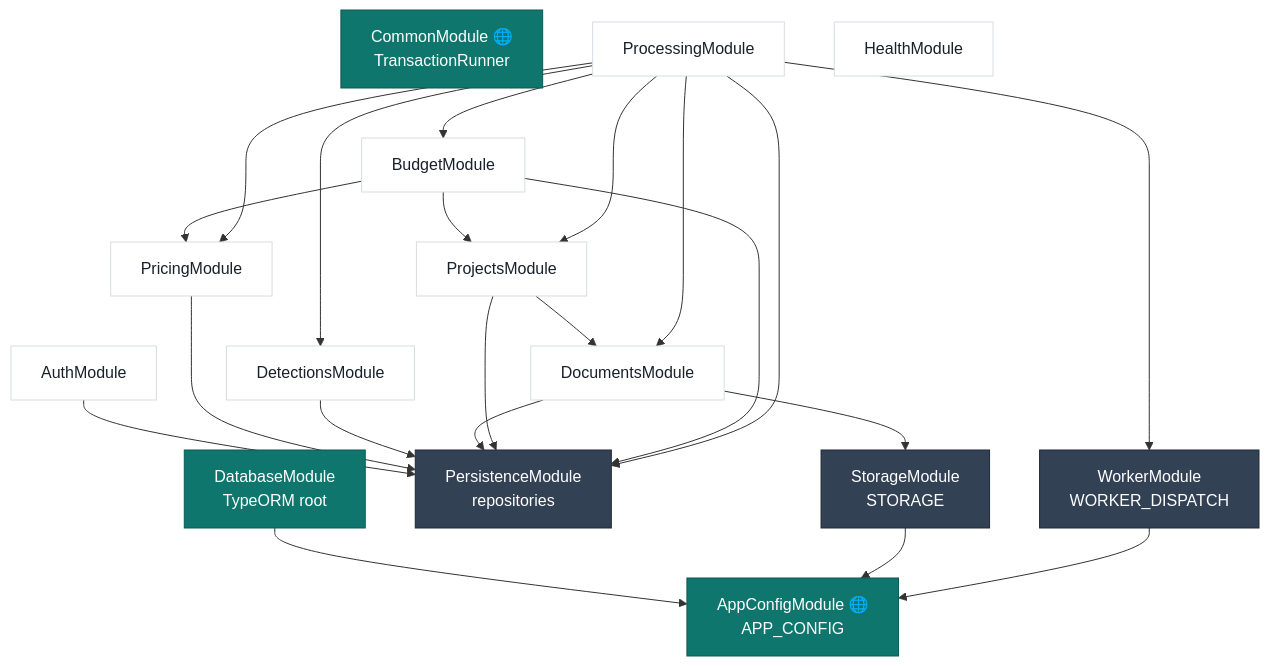
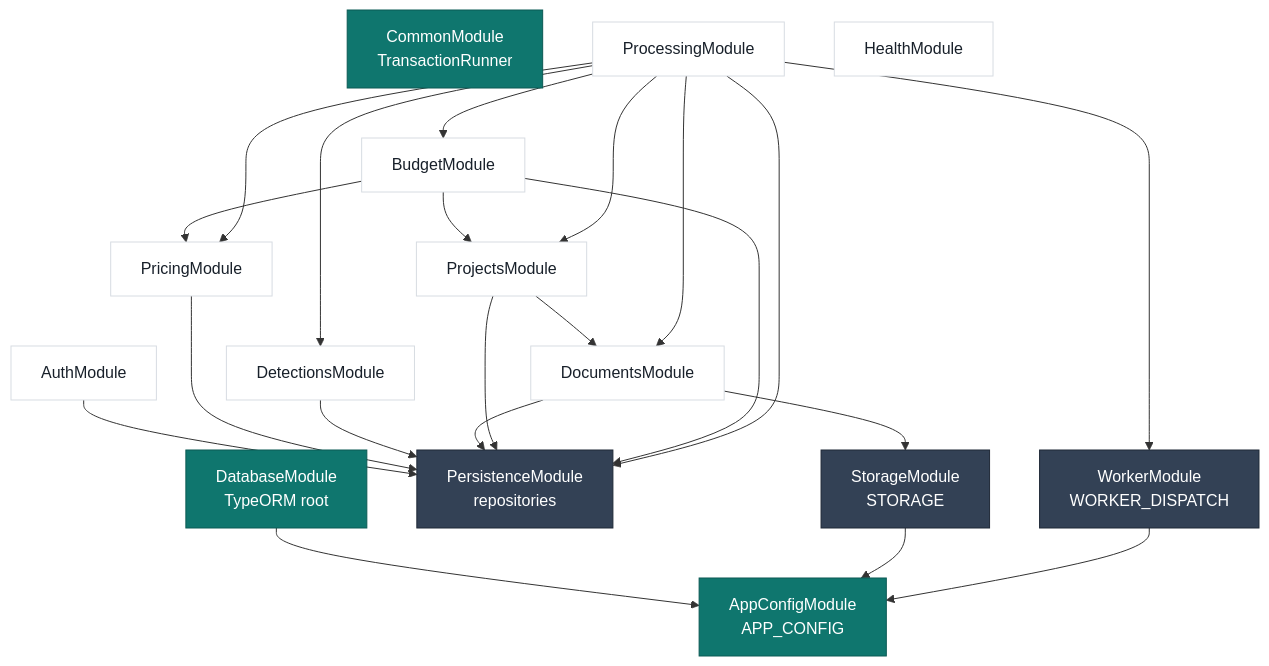
One commit to cubito1080/orcherstrator_wholeFoods changed the fourth of 11 diagrams in docs/ARCHITECTURE.md. Above: the diagram before and after it, drawn with Mermaid. The commit also changed other lines of this file and 9 other files, not shown here.

````diff
--- a/docs/ARCHITECTURE.md
+++ b/docs/ARCHITECTURE.md
@@ -142,43 +142,43 @@
 ```mermaid
 flowchart TB
     classDef global fill:#0f766e,color:#fff,stroke:#0b5a54;
     classDef infra fill:#334155,color:#fff,stroke:#1f2937;
     classDef feature fill:#ffffff,color:#18202a,stroke:#d7dce2;
 
-    Config["AppConfigModule 🌐<br/>APP_CONFIG"]:::global
-    Common["CommonModule 🌐<br/>TransactionRunner"]:::global
+    Config["AppConfigModule<br/>APP_CONFIG"]:::global
+    Common["CommonModule<br/>TransactionRunner"]:::global
     DB["DatabaseModule<br/>TypeORM root"]:::global
     Persist["PersistenceModule<br/>repositories"]:::infra
     Storage["StorageModule<br/>STORAGE"]:::infra
     Worker["WorkerModule<br/>WORKER_DISPATCH"]:::infra
 
     Auth["AuthModule"]:::feature
     Pricing["PricingModule"]:::feature
     Detections["DetectionsModule"]:::feature
     Documents["DocumentsModule"]:::feature
     Projects["ProjectsModule"]:::feature
     Budget["BudgetModule"]:::feature
     Processing["ProcessingModule"]:::feature
     Health["HealthModule"]:::feature
 
     DB --> Config
     Storage --> Config
     Worker --> Config
     Auth --> Persist
     Pricing --> Persist
     Detections --> Persist
     Documents --> Persist
     Documents --> Storage
     Projects --> Persist
     Projects --> Documents
     Budget --> Persist
     Budget --> Projects
     Budget --> Pricing
     Processing --> Persist
     Processing --> Projects
     Processing --> Documents
     Processing --> Detections
     Processing --> Budget
     Processing --> Pricing
     Processing --> Worker
 ```
````
